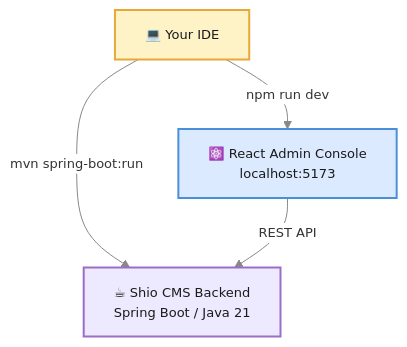
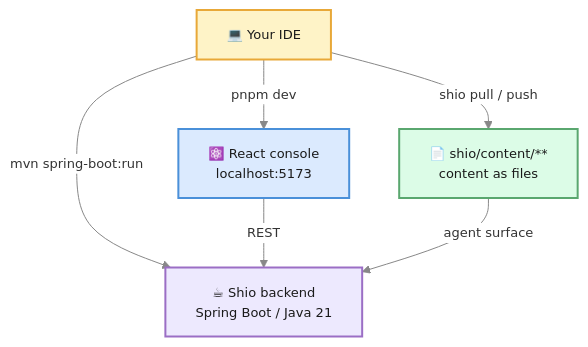
The diagram in docs-shio/developer-guide.md (openviglet/docs), drawn with Mermaid before and after one commit. The commit also changed other lines of this file and 1 other file, not shown here.

First line of the commit message:
docs(shio): rewrite the developer guide against the real stack and the six surfaces (SH628)

````diff
--- a/docs-shio/developer-guide.md
+++ b/docs-shio/developer-guide.md
@@ -28,15 +60,19 @@
 ```mermaid
 %%{init: {'theme': 'base', 'themeVariables': {'fontSize': '13px', 'primaryColor': '#fff', 'primaryBorderColor': '#c0c0c0', 'lineColor': '#888', 'textColor': '#333'}}}%%
 graph TD
-    A["💻 Your IDE"] -->|"mvn spring-boot:run"| B["☕ Shio CMS Backend\nSpring Boot / Java 21"]
-    A -->|"npm run dev"| C["⚛️ React Admin Console\nlocalhost:5173"]
-    C -->|"REST API"| B
+    A["💻 Your IDE"] -->|"mvn spring-boot:run"| B["☕ Shio backend\nSpring Boot / Java 21"]
+    A -->|"pnpm dev"| C["⚛️ React console\nlocalhost:5173"]
+    A -->|"shio pull / push"| D["📄 shio/content/**\ncontent as files"]
+    C -->|"REST"| B
+    D -->|"agent surface"| B
 
     classDef blue fill:#dbeafe,stroke:#4A90D9,stroke-width:2px,color:#1a1a1a
     classDef purple fill:#ede9fe,stroke:#9B6EC5,stroke-width:2px,color:#1a1a1a
     classDef amber fill:#fef3c7,stroke:#E8A838,stroke-width:2px,color:#1a1a1a
+    classDef green fill:#dcfce7,stroke:#5AA76F,stroke-width:2px,color:#1a1a1a
 
     class A amber
     class B purple
     class C blue
+    class D green
 ```
````
